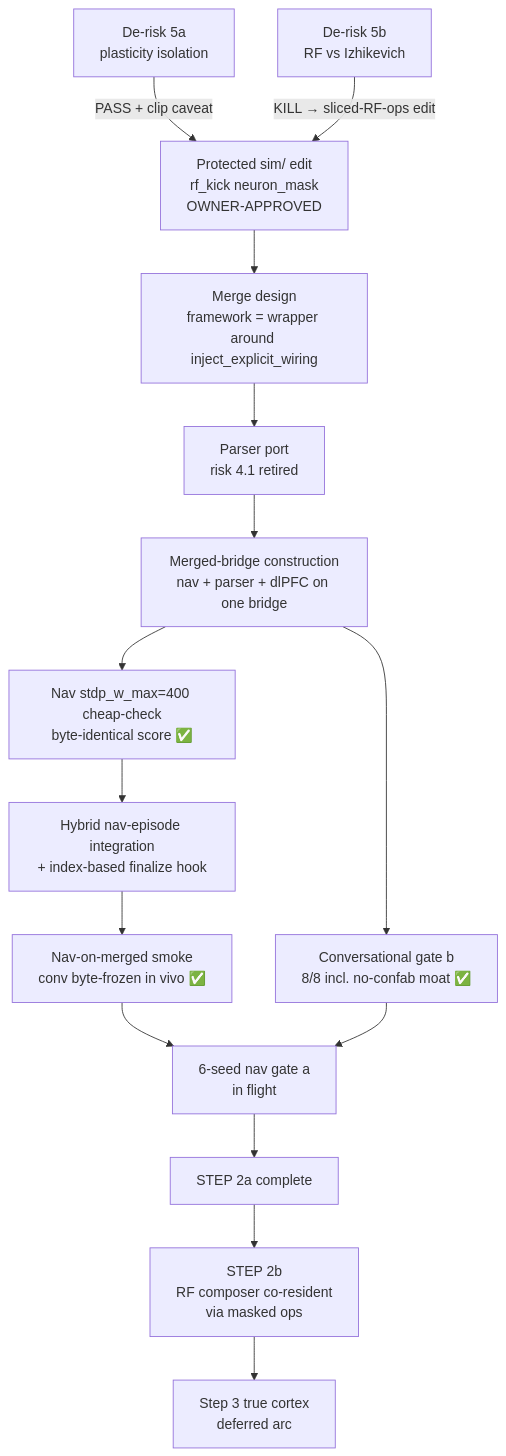
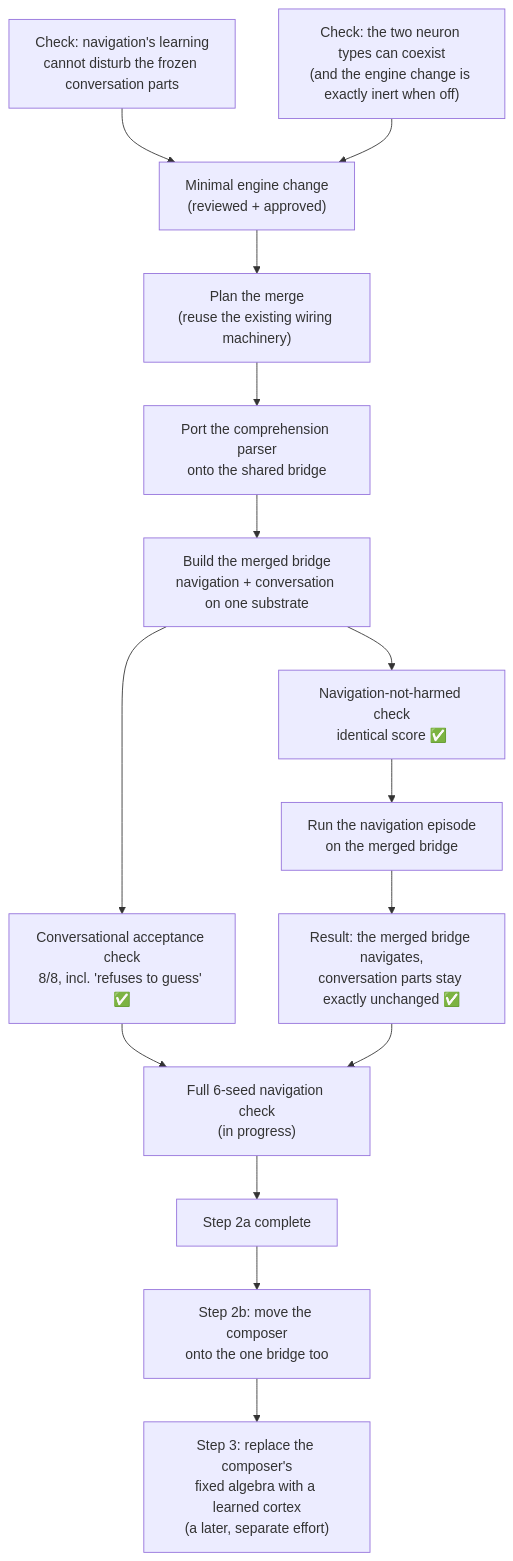
The second of 2 diagrams in docs/ARCHITECTURE_nav_conv_merge.md (danthi123/neural-simulator), drawn with Mermaid before and after one commit. The commit also changed other lines of this file and 3 other files, not shown here.

First line of the commit message:
Docs: plain-language pass on the owner-facing merge docs (drop internal jargon)

````diff
--- a/docs/ARCHITECTURE_nav_conv_merge.md
+++ b/docs/ARCHITECTURE_nav_conv_merge.md
@@ -59,17 +69,17 @@
 ```mermaid
 flowchart TD
-    A[De-risk 5a<br/>plasticity isolation] -->|PASS + clip caveat| C
-    B[De-risk 5b<br/>RF vs Izhikevich] -->|KILL → sliced-RF-ops edit| C[Protected sim/ edit<br/>rf_kick neuron_mask<br/>OWNER-APPROVED]
-    C --> D[Merge design<br/>framework = wrapper around inject_explicit_wiring]
-    D --> E[Parser port<br/>risk 4.1 retired]
-    E --> F[Merged-bridge construction<br/>nav + parser + dlPFC on one bridge]
-    F --> G[Conversational gate b<br/>8/8 incl. no-confab moat ✅]
-    F --> H[Nav stdp_w_max=400 cheap-check<br/>byte-identical score ✅]
-    H --> I[Hybrid nav-episode integration<br/>+ index-based finalize hook]
-    I --> J[Nav-on-merged smoke<br/>conv byte-frozen in vivo ✅]
-    J --> K[6-seed nav gate a<br/>in flight]
-    G --> K
-    K --> L[STEP 2a complete]
-    L --> M[STEP 2b<br/>RF composer co-resident<br/>via masked ops]
-    M --> N[Step 3 true cortex<br/>deferred arc]
+    A["Check: navigation's learning<br/>cannot disturb the frozen conversation parts"] --> C
+    B["Check: the two neuron types can coexist<br/>(and the engine change is exactly inert when off)"] --> C["Minimal engine change<br/>(reviewed + approved)"]
+    C --> D["Plan the merge<br/>(reuse the existing wiring machinery)"]
+    D --> E["Port the comprehension parser<br/>onto the shared bridge"]
+    E --> F["Build the merged bridge<br/>navigation + conversation on one substrate"]
+    F --> G["Conversational acceptance check<br/>8/8, incl. 'refuses to guess' ✅"]
+    F --> H["Navigation-not-harmed check<br/>identical score ✅"]
+    H --> I["Run the navigation episode<br/>on the merged bridge"]
+    I --> J["Result: the merged bridge navigates,<br/>conversation parts stay exactly unchanged ✅"]
+    G --> K["Full 6-seed navigation check<br/>(in progress)"]
+    J --> K
+    K --> L["Step 2a complete"]
+    L --> M["Step 2b: move the composer<br/>onto the one bridge too"]
+    M --> N["Step 3: replace the composer's<br/>fixed algebra with a learned cortex<br/>(a later, separate effort)"]
 ```
````
